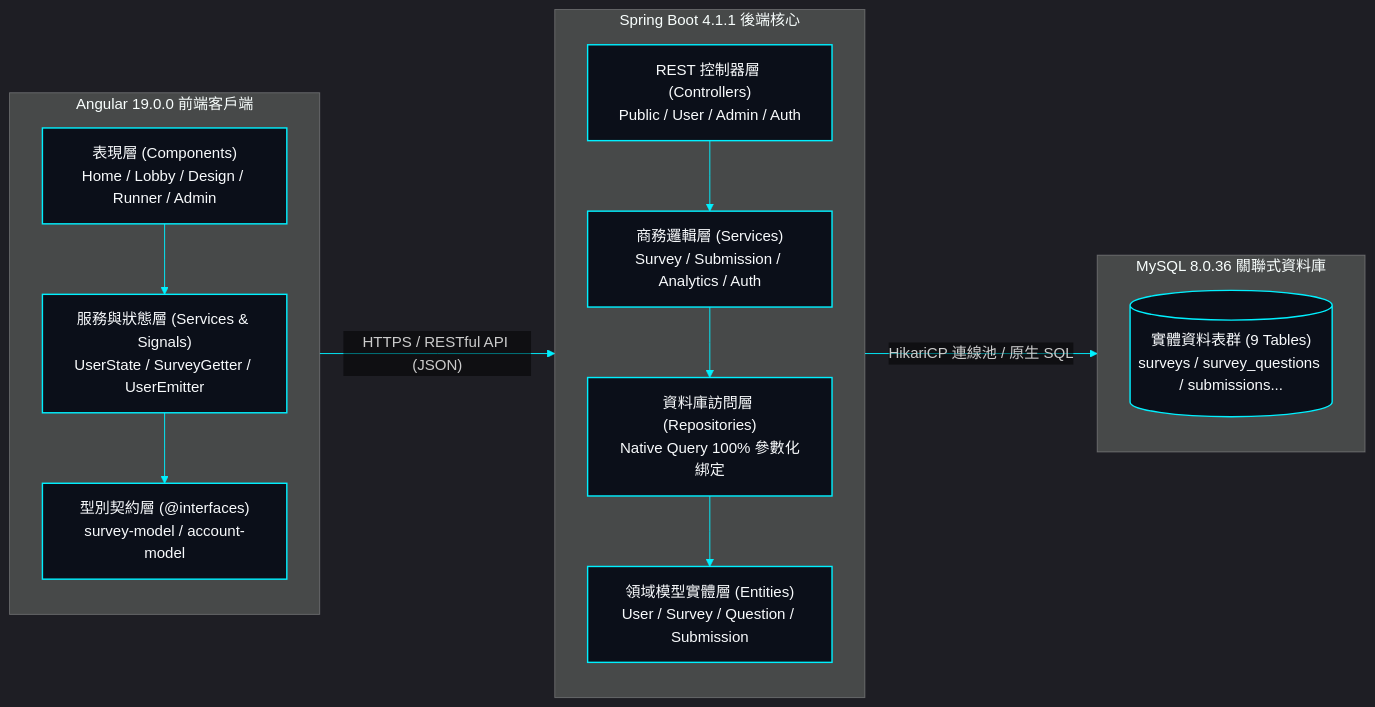
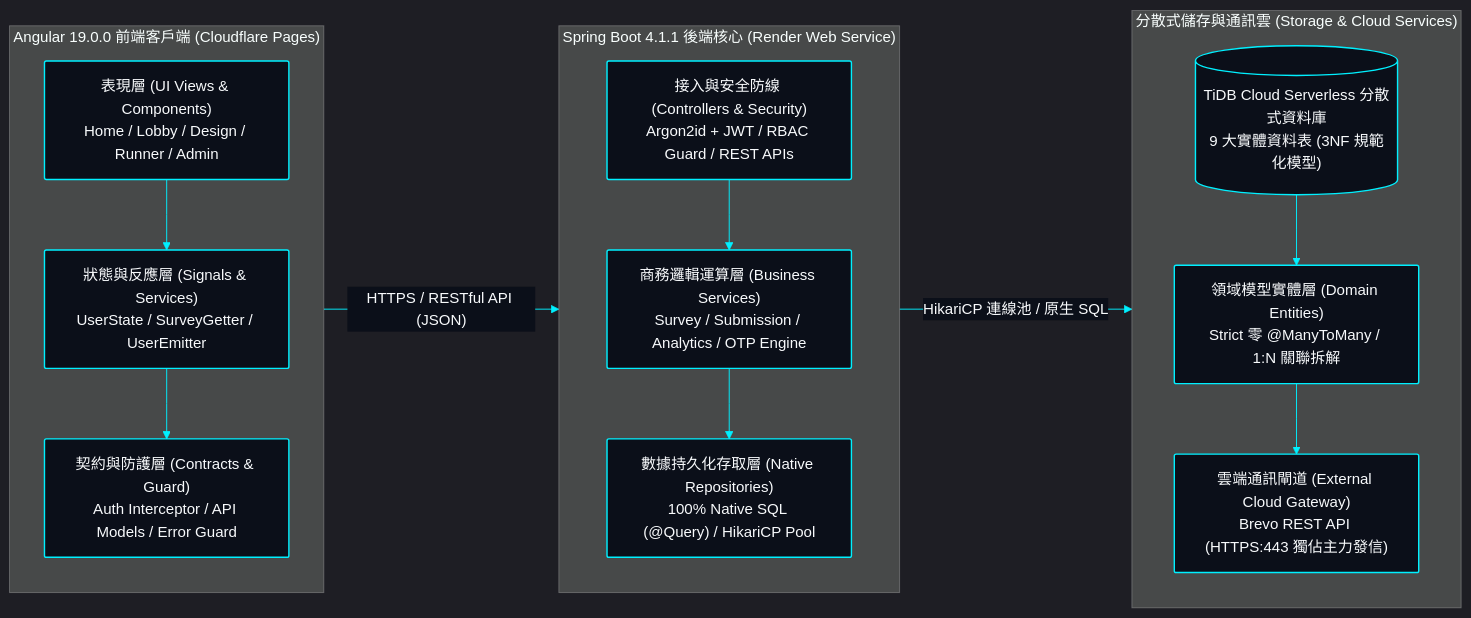
The diagram in docs/system-design/04-architecture.md (EricXJason/survey-flow), drawn with Mermaid before and after one commit. The commit also changed 3 other files, not shown here.

Commit message:
chore(release): optimize architecture diagram balance and clean readme specifications

````diff
--- a/docs/system-design/04-architecture.md
+++ b/docs/system-design/04-architecture.md
@@ -12,44 +12,47 @@
 ```mermaid
 %%{init: {
   'theme': 'dark',
   'themeVariables': {
     'darkMode': true,
     'background': '#030712',
     'primaryColor': '#0b0f19',
     'primaryTextColor': '#f8fafc',
     'primaryBorderColor': '#00f0ff',
     'lineColor': '#00f0ff',
-    'edgeLabelBackground': 'transparent',
+    'textColor': '#f8fafc',
+    'edgeLabelBackground': '#0b0f19',
     'tertiaryColor': '#0b0f19'
   },
-  'themeCSS': '.edgeLabel, .edgeLabel rect, .edgeLabel span, .labelBkg { background: transparent !important; background-color: transparent !important; fill: transparent !important; border: none !important; } .edgeLabel, .edgeLabel span { color: #ffffff !important; fill: #ffffff !important; font-weight: 500 !important; } rect, .node rect, rect.actor { rx: 0px !important; ry: 0px !important; }',
+  'themeCSS': '.edgeLabel, .edgeLabel rect, .edgeLabel span, .labelBkg { background: #0b0f19 !important; background-color: #0b0f19 !important; fill: #0b0f19 !important; border: 1px solid #1e293b !important; } .edgeLabel, .edgeLabel span { color: #38bdf8 !important; fill: #38bdf8 !important; font-weight: 600 !important; font-size: 11px !important; } .cluster rect { stroke: #00f0ff !important; stroke-width: 1.5px !important; stroke-dasharray: 4 2 !important; fill: #060a14 !important; rx: 4px !important; ry: 4px !important; } .cluster text, .cluster span.nodeLabel { fill: #00f0ff !important; color: #00f0ff !important; font-weight: 700 !important; font-size: 13px !important; } rect, .node rect, rect.actor { rx: 2px !important; ry: 2px !important; }',
   'flowchart': { 'curve': 'linear' }
 }}%%
 flowchart LR
-    classDef hudCard fill:#0b0f19,stroke:#00f0ff,stroke-width:1.5px,color:#f8fafc,rx:0px,ry:0px;
+    classDef hudCard fill:#0b0f19,stroke:#00f0ff,stroke-width:1.5px,color:#f8fafc,rx:2px,ry:2px;
 
-    subgraph FrontendApp ["Angular 19.0.0 前端客戶端"]
+    subgraph FrontendApp ["Angular 19.0.0 前端客戶端 (Cloudflare Pages)"]
         direction TB
-        UI_Components["表現層 (Components)<br/>Home / Lobby / Design / Runner / Admin"]:::hudCard
-        UI_Services["服務與狀態層 (Services & Signals)<br/>UserState / SurveyGetter / UserEmitter"]:::hudCard
-        UI_Contracts["型別契約層 (@interfaces)<br/>survey-model / account-model"]:::hudCard
+        UI_Components["表現層 (UI Views & Components)<br/>Home / Lobby / Design / Runner / Admin"]:::hudCard
+        UI_Services["狀態與反應層 (Signals & Services)<br/>UserState / SurveyGetter / UserEmitter"]:::hudCard
+        UI_Contracts["契約與防護層 (Contracts & Guard)<br/>Auth Interceptor / API Models / Error Guard"]:::hudCard
         UI_Components --> UI_Services --> UI_Contracts
     end
 
-    subgraph BackendApp ["Spring Boot 4.1.1 後端核心"]
+    subgraph BackendApp ["Spring Boot 4.1.1 後端核心 (Render Web Service)"]
         direction TB
-        BE_Controllers["REST 控制器層 (Controllers)<br/>Public / User / Admin / Auth"]:::hudCard
-        BE_Services["商務邏輯層 (Services)<br/>Survey / Submission / Analytics / Auth"]:::hudCard
-        BE_Repos["資料庫訪問層 (Repositories)<br/>Native Query 100% 參數化綁定"]:::hudCard
-        BE_Entities["領域模型實體層 (Entities)<br/>User / Survey / Question / Submission"]:::hudCard
-        BE_Controllers --> BE_Services --> BE_Repos --> BE_Entities
+        BE_Controllers["接入與安全防線 (Controllers & Security)<br/>Argon2id + JWT / RBAC Guard / REST APIs"]:::hudCard
+        BE_Services["商務邏輯運算層 (Business Services)<br/>Survey / Submission / Analytics / OTP Engine"]:::hudCard
+        BE_Repos["數據持久化存取層 (Native Repositories)<br/>100% Native SQL (@Query) / HikariCP Pool"]:::hudCard
+        BE_Controllers --> BE_Services --> BE_Repos
     end
 
-    subgraph DatabaseLayer ["MySQL 8.0.36 關聯式資料庫"]
+    subgraph DatabaseLayer ["分散式儲存與通訊雲 (Storage & Cloud Services)"]
         direction TB
-        DB_Tables[("實體資料表群 (9 Tables)<br/>surveys / survey_questions / submissions...")]:::hudCard
+        DB_Tables[("TiDB Cloud Serverless 分散式資料庫<br/>9 大實體資料表 (3NF 規範化模型)")]:::hudCard
+        DB_Entities["領域模型實體層 (Domain Entities)<br/>Strict 零 @ManyToMany / 1:N 關聯拆解"]:::hudCard
+        DB_Gateway["雲端通訊閘道 (External Cloud Gateway)<br/>Brevo REST API (HTTPS:443 獨佔主力發信)"]:::hudCard
+        DB_Tables --> DB_Entities --> DB_Gateway
     end
 
     FrontendApp -->|"HTTPS / RESTful API (JSON)"| BackendApp
     BackendApp -->|"HikariCP 連線池 / 原生 SQL"| DatabaseLayer
 ```
````
